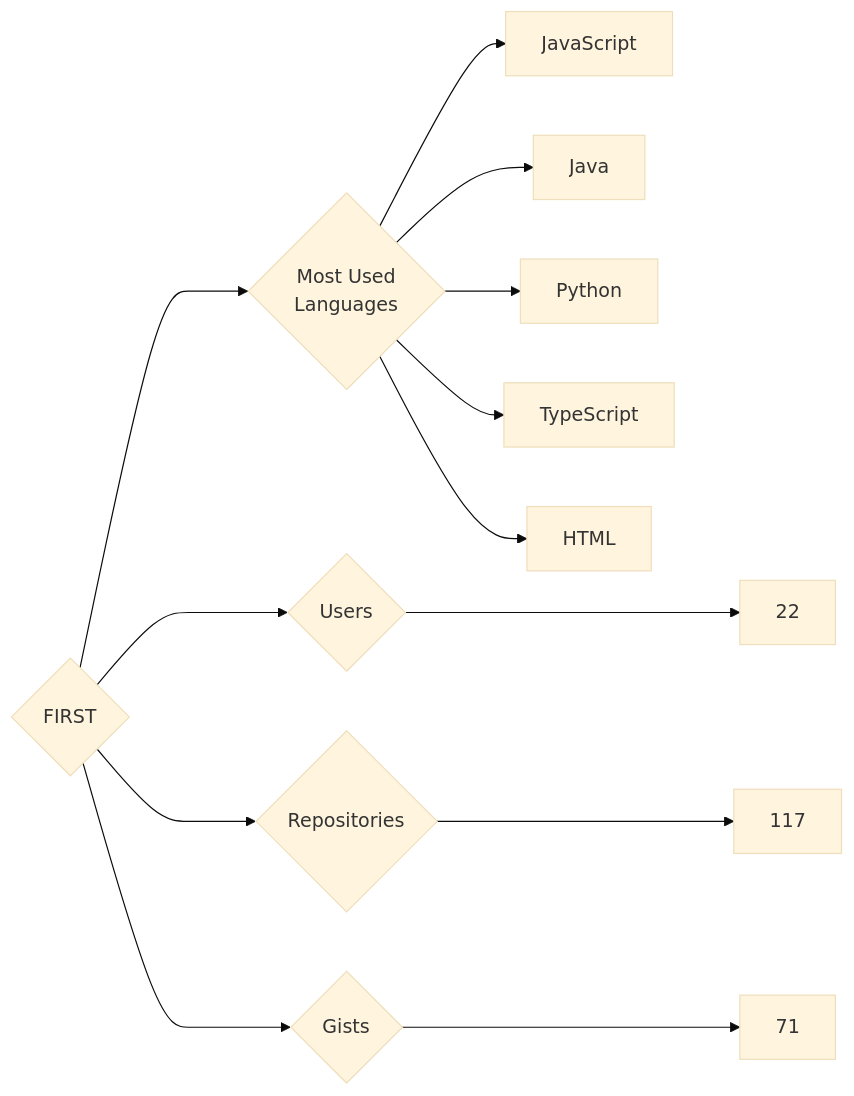
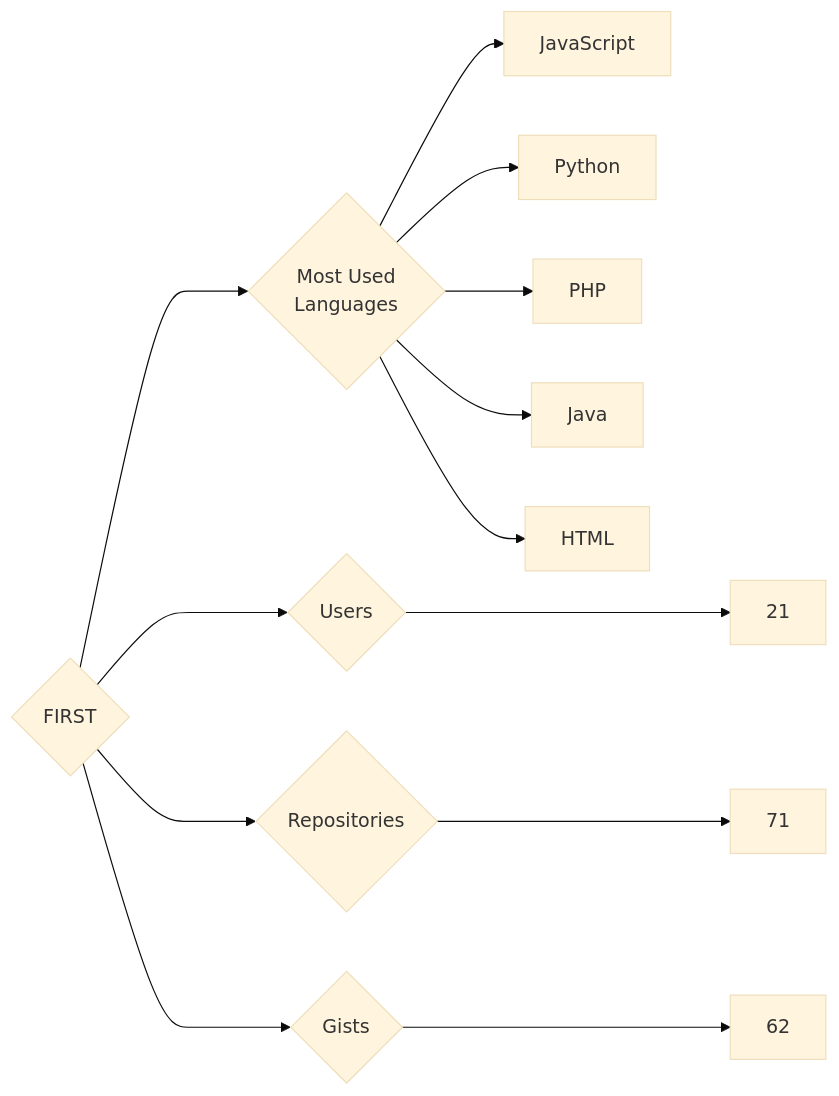
Before and after one commit to trickest/insiders: the diagram in targets/FIRST/README.md, drawn with Mermaid (base theme). The commit also changed 720 other files, not shown here.

````diff
--- a/targets/FIRST/README.md
+++ b/targets/FIRST/README.md
@@ -3,13 +3,13 @@
 ```mermaid
 graph LR
 COMPANY_NAME{FIRST}
-COMPANY_NAME ---> U{Users} ---> UN[22]
-COMPANY_NAME ---> R{Repositories} ---> RN[117]
-COMPANY_NAME ---> G{Gists} ---> GN[71]
+COMPANY_NAME ---> U{Users} ---> UN[21]
+COMPANY_NAME ---> R{Repositories} ---> RN[71]
+COMPANY_NAME ---> G{Gists} ---> GN[62]
 COMPANY_NAME ---> ML{Most Used<br>Languages}
 ML --> JavaScript[JavaScript]
+ML --> Python[Python]
+ML --> PHP[PHP]
 ML --> Java[Java]
-ML --> Python[Python]
-ML --> TypeScript[TypeScript]
 ML --> HTML[HTML]
 ```
````
